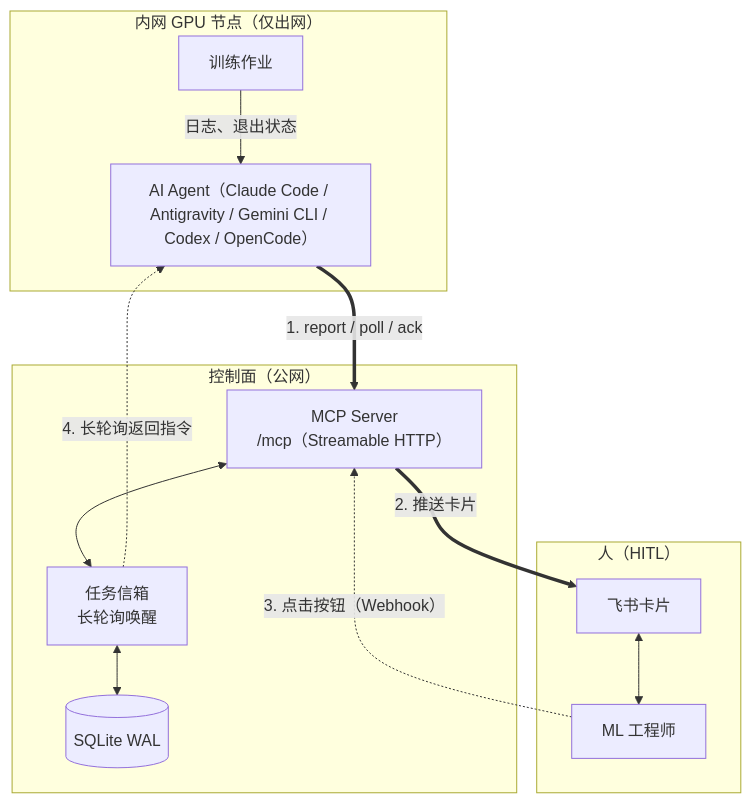
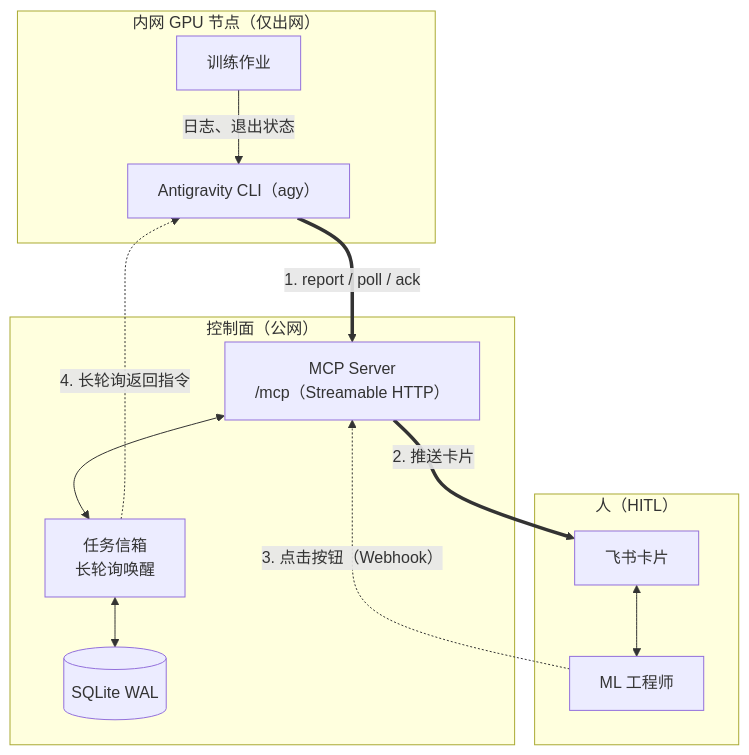
One commit to Long-Holiday/TrainPilot changed the first of 2 diagrams in README_zh.md. Above: the diagram before and after it, drawn with Mermaid. The commit also changed other lines of this file and 28 other files, not shown here.

````diff
--- a/README_zh.md
+++ b/README_zh.md
@@ -25,27 +25,27 @@
 ```mermaid
 flowchart TB
     subgraph GPU["内网 GPU 节点（仅出网）"]
         Job["训练作业"]
-        Agent["AI Agent（Claude Code / Antigravity / Gemini CLI / Codex / OpenCode）"]
+        Agent["Antigravity CLI（agy）"]
         Job -->|日志、退出状态| Agent
     end
 
     subgraph Plane["控制面（公网）"]
         MCP["MCP Server<br/>/mcp（Streamable HTTP）"]
         Mailbox["任务信箱<br/>长轮询唤醒"]
         DB[("SQLite WAL")]
         MCP <--> Mailbox
         Mailbox <--> DB
     end
 
     subgraph Human["人（HITL）"]
         Card["飞书卡片"]
         Engineer["ML 工程师"]
         Card <--> Engineer
     end
 
     Agent ==>|"1. report / poll / ack"| MCP
     MCP ==>|"2. 推送卡片"| Card
     Engineer -.->|"3. 点击按钮（Webhook）"| MCP
     Mailbox -.->|"4. 长轮询返回指令"| Agent
 ```
````
